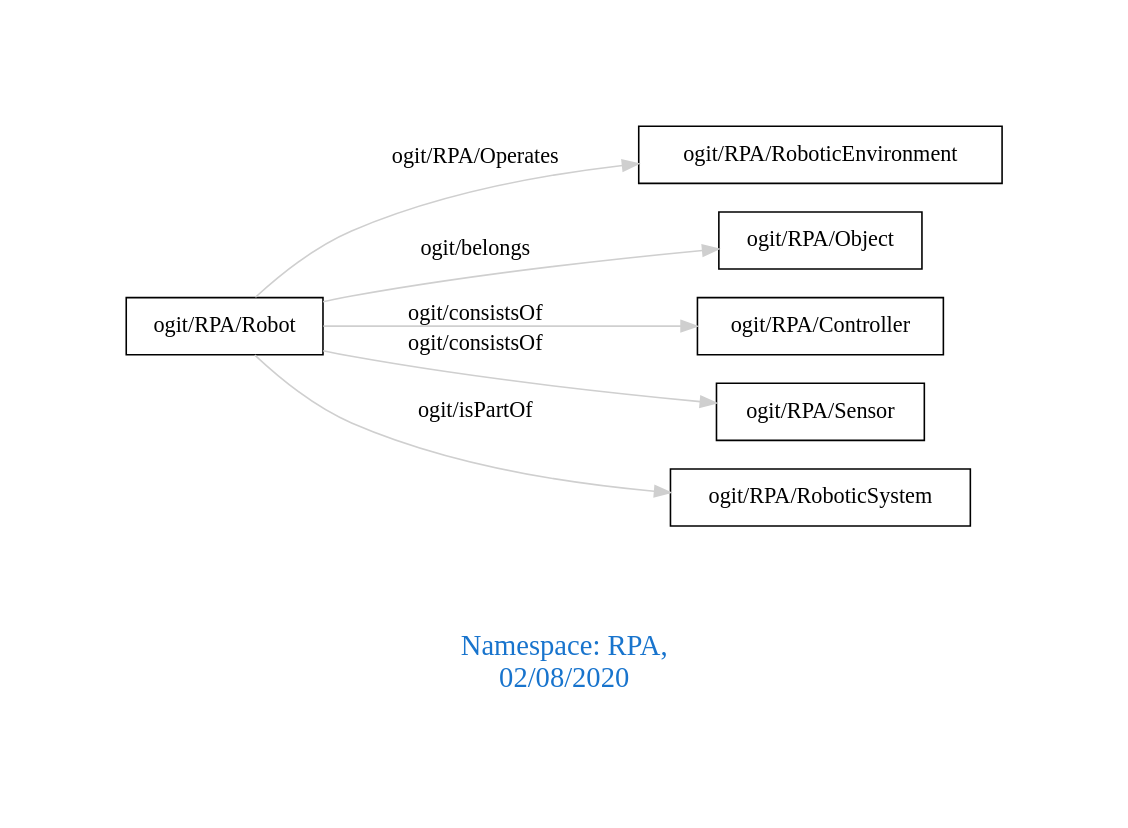
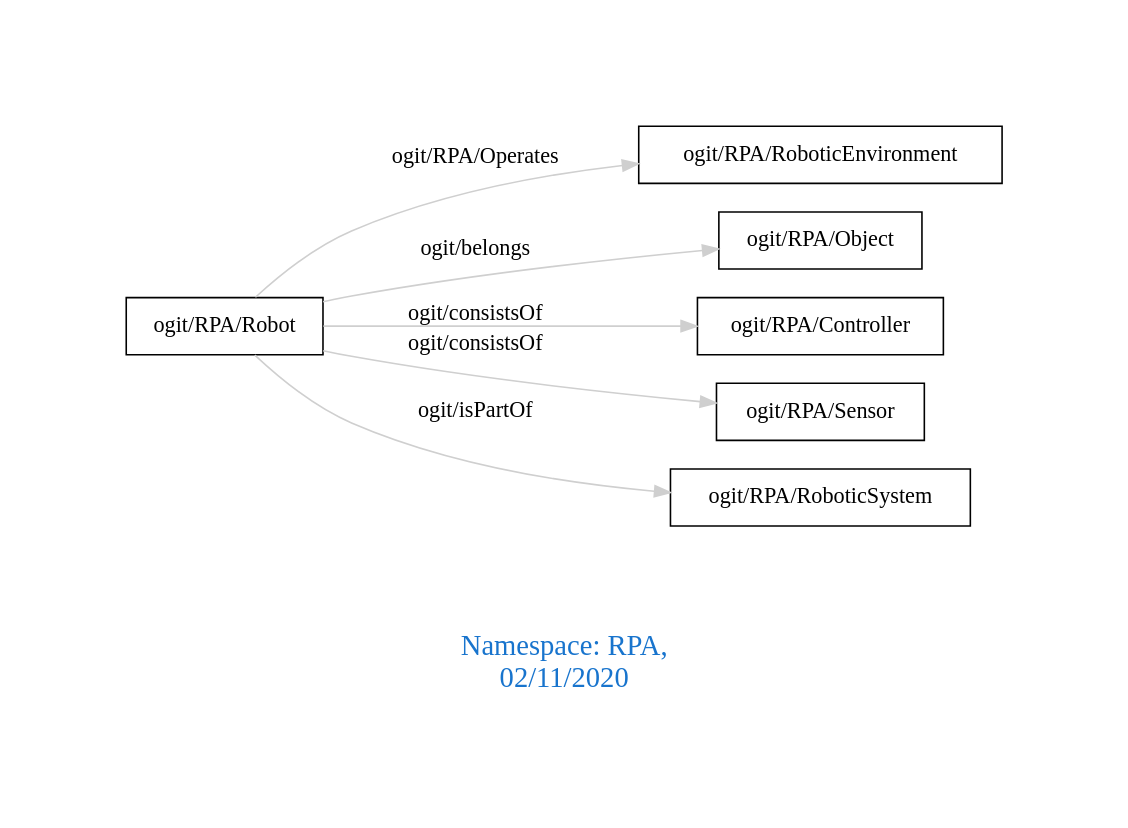
The diagram in downloads/RPA.dot (arago/OGIT), drawn with Graphviz before and after one commit. The commit also changed 1693 other files, not shown here.

```diff
--- a/downloads/RPA.dot
+++ b/downloads/RPA.dot
@@ -1,13 +1,13 @@
 digraph OGIT_ontology {
  graph [ rankdir= LR,pad=1 
 fontsize = 18,
-fontcolor= dodgerblue3,label = "\n\n\nNamespace: RPA, \n 02/08/2020"];
+fontcolor= dodgerblue3,label = "\n\n\nNamespace: RPA, \n 02/11/2020"];
 node[shape=polygon];
 edge [  color="gray81"];
 
    "ogit/RPA/Robot" -> "ogit/RPA/RoboticEnvironment" [label="   ogit/RPA/Operates    "];
    "ogit/RPA/Robot" -> "ogit/RPA/Object" [label="   ogit/belongs    "];
    "ogit/RPA/Robot" -> "ogit/RPA/Controller" [label="   ogit/consistsOf    "];
    "ogit/RPA/Robot" -> "ogit/RPA/Sensor" [label="   ogit/consistsOf    "];
    "ogit/RPA/Robot" -> "ogit/RPA/RoboticSystem" [label="   ogit/isPartOf    "];
 }
```
